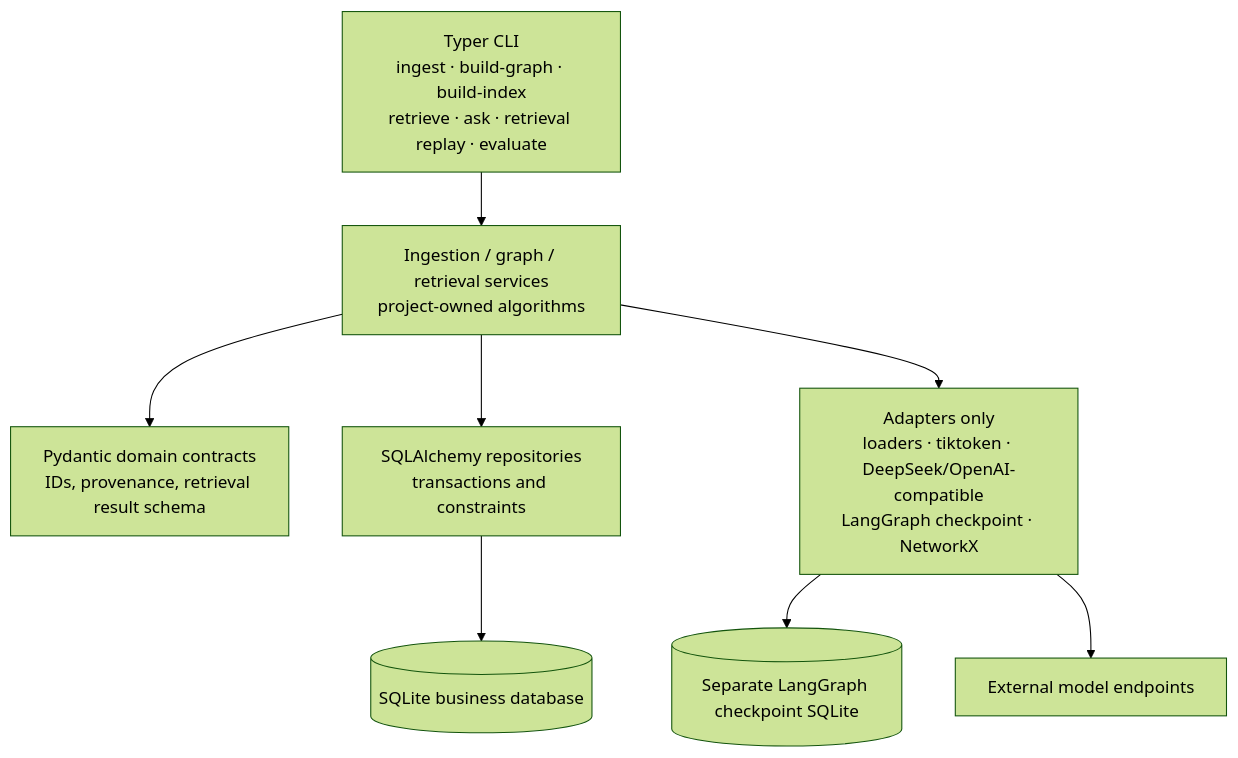
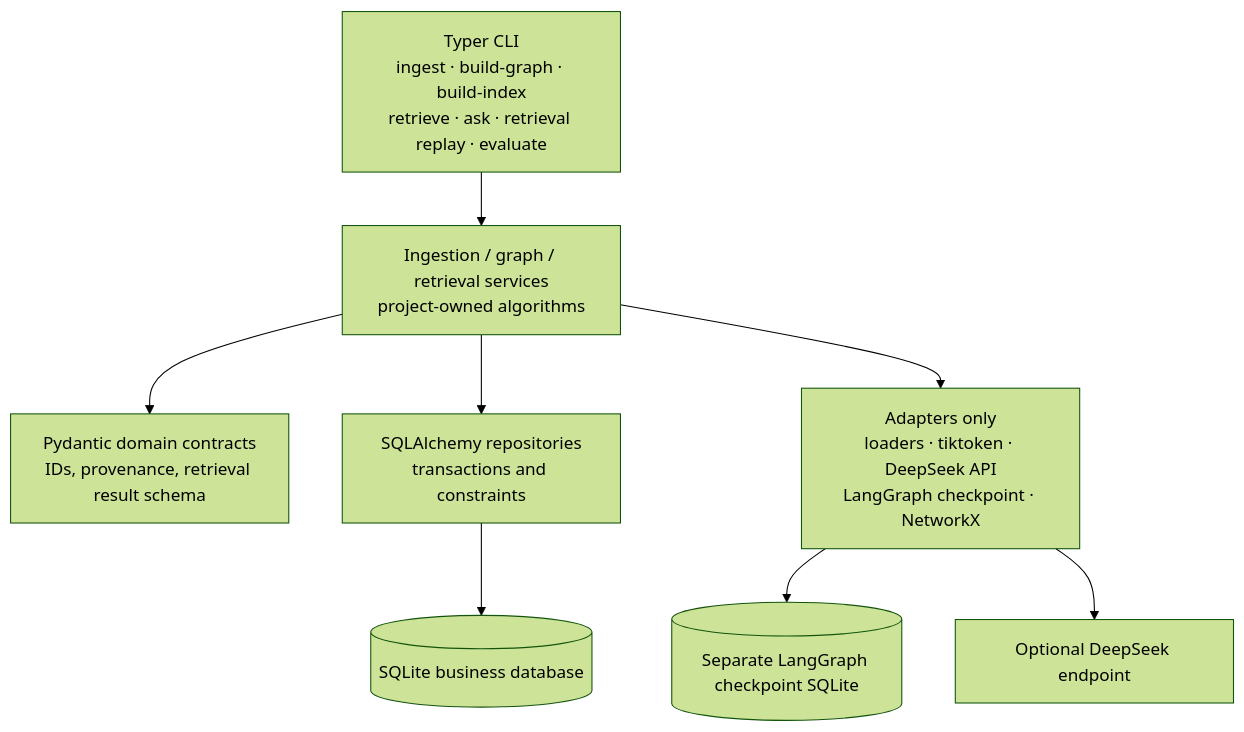
The second of 4 diagrams in docs/architecture.md (asdukw/agentic-rag), drawn with Mermaid (forest theme) before and after one commit. The commit also changed other lines of this file and 16 other files, not shown here.

Commit message:
refactor: remove external embedding provider

````diff
--- a/docs/architecture.md
+++ b/docs/architecture.md
@@ -102,19 +102,19 @@
 ```mermaid
 flowchart TB
     CLI["Typer CLI\ningest · build-graph · build-index\nretrieve · ask · retrieval replay · evaluate"]
     Domain["Pydantic domain contracts\nIDs, provenance, retrieval result schema"]
     Services["Ingestion / graph / retrieval services\nproject-owned algorithms"]
     Repositories["SQLAlchemy repositories\ntransactions and constraints"]
-    Adapters["Adapters only\nloaders · tiktoken · DeepSeek/OpenAI-compatible\nLangGraph checkpoint · NetworkX"]
+    Adapters["Adapters only\nloaders · tiktoken · DeepSeek API\nLangGraph checkpoint · NetworkX"]
     SQLite[("SQLite business database")]
     Checkpoint[("Separate LangGraph checkpoint SQLite")]
-    Provider["External model endpoints"]
+    Provider["Optional DeepSeek endpoint"]
 
     CLI --> Services
     Services --> Domain
     Services --> Repositories
     Services --> Adapters
     Repositories --> SQLite
     Adapters --> Checkpoint
     Adapters --> Provider
 ```
````
